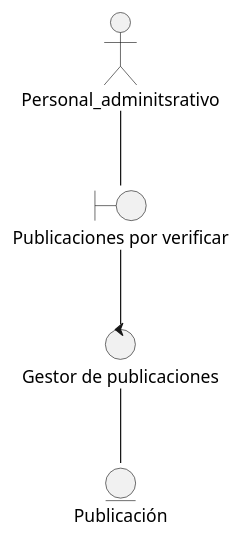
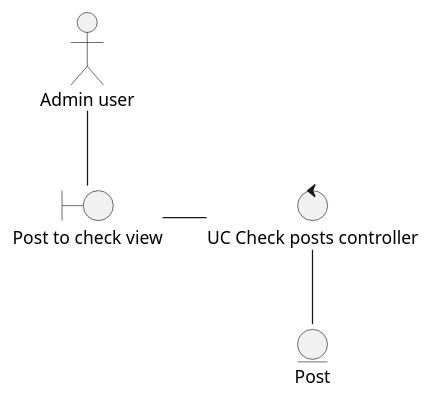
The diagram in docs/scenariosView/analysisClassDiagram/useCase-VerificarPublicaciones.puml (Dayannis-07/ING_SOFT), drawn with PlantUML before and after one commit. The commit also changed 24 other files, not shown here.

Commit message:
corrections collaboration & analysisClassDiagram

```diff
--- a/docs/scenariosView/analysisClassDiagram/useCase-VerificarPublicaciones.puml
+++ b/docs/scenariosView/analysisClassDiagram/useCase-VerificarPublicaciones.puml
@@ -1,9 +1,9 @@
-@startuml verificar publicaciones
-actor Personal_adminitsrativo
-boundary "Publicaciones por verificar" as m
-Personal_adminitsrativo--m 
-control "Gestor de publicaciones" as g
-m--g
-entity "Publicación" as p
-g--p
+@startuml verificarPublicaciones
+actor "Admin user" as Act
+boundary "Post to check view" as view
+Act--view
+control "UC Check posts controller" as controller
+view-r-controller
+entity Post as entity
+controller--entity
 @enduml
```
